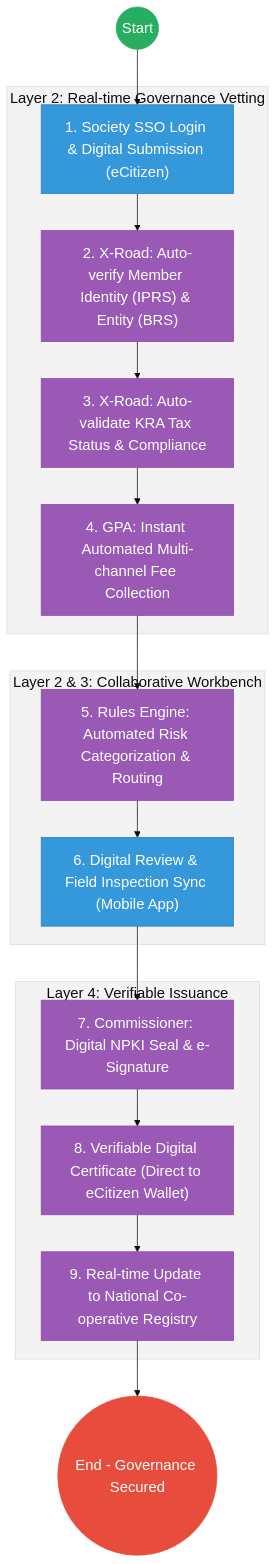
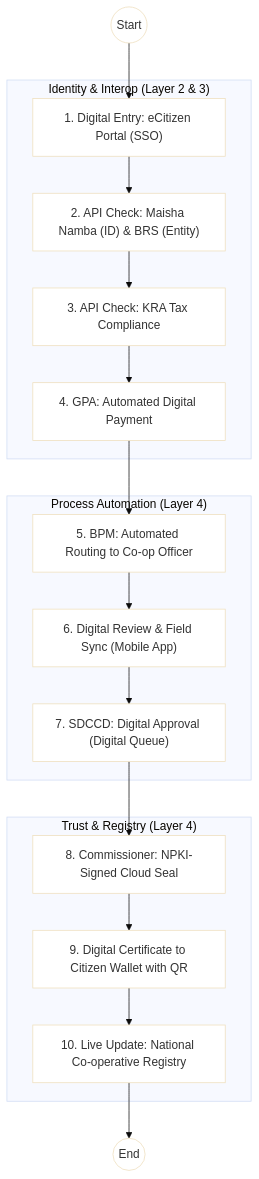
The second of 2 diagrams in mdas/docs_final/priority_mdas/Cooperatives___Service_Delivery.md (BITZ-IT-Consulting-LTD/ictapoc), drawn with Mermaid before and after one commit. The commit also changed other lines of this file and 33 other files, not shown here.

````diff
--- a/mdas/docs_final/priority_mdas/Cooperatives___Service_Delivery.md
+++ b/mdas/docs_final/priority_mdas/Cooperatives___Service_Delivery.md
@@ -113,34 +91,25 @@
 ```mermaid
-%%{init: { 'theme': 'base', 'themeVariables': { 'fontSize': '20px', 'fontFamily': 'Inter, system-ui, sans-serif', 'primaryColor': '#ffffff', 'edgeLabelBackground':'#ffffff', 'tertiaryColor': '#f3f3f3', 'mainBkg': '#ffffff', 'nodeBorder': '#333333' } } }%%
+%%{init: { 'theme': 'base', 'themeVariables': { 'fontSize': '16px', 'fontFamily': 'Inter', 'mainBkg': '#ffffff' } } }%%
 flowchart TD
-    Start((Start)) --> Portal["1. Society SSO Login & Digital Submission (eCitizen)"]
+    Start((Start)) --> eCitizen["1. Digital Entry: eCitizen Portal (SSO)"]
     
-    subgraph Trust_Hub["Layer 2: Real-time Governance Vetting"]
-        Portal --> Verify["2. X-Road: Auto-verify Member Identity (IPRS) & Entity (BRS)"]
-        Verify --> Tax["3. X-Road: Auto-validate KRA Tax Status & Compliance"]
-        Tax --> Payment["4. GPA: Instant Automated Multi-channel Fee Collection"]
+    subgraph Trust_DPI["Identity & Interop (Layer 2 & 3)"]
+        eCitizen --> IPRS_BRS["2. API Check: Maisha Namba (ID) & BRS (Entity)"]
+        IPRS_BRS --> KRA_Check["3. API Check: KRA Tax Compliance"]
+        KRA_Check --> GPA_Pay["4. GPA: Automated Digital Payment"]
     end
 
-    subgraph Operations["Layer 2 & 3: Collaborative Workbench"]
-        Payment --> Logic["5. Rules Engine: Automated Risk Categorization & Routing"]
-        Logic --> Officer["6. Digital Review & Field Inspection Sync (Mobile App)"]
+    subgraph Digital_Workbench["Process Automation (Layer 4)"]
+        GPA_Pay --> AutoAssign["5. BPM: Automated Routing to Co-op Officer"]
+        AutoAssign --> DigReview["6. Digital Review & Field Sync (Mobile App)"]
+        DigReview --> SDCCD_Sign["7. SDCCD: Digital Approval (Digital Queue)"]
     end
 
-    subgraph Settlement["Layer 4: Verifiable Issuance"]
-        Officer --> NPKI["7. Commissioner: Digital NPKI Seal & e-Signature"]
-        NPKI --> Output["8. Verifiable Digital Certificate (Direct to eCitizen Wallet)"]
-        Output --> Registry["9. Real-time Update to National Co-operative Registry"]
+    subgraph Verifiable_Issuance["Trust & Registry (Layer 4)"]
+        SDCCD_Sign --> NPKI_Seal["8. Commissioner: NPKI-Signed Cloud Seal"]
+        NPKI_Seal --> Wallet["9. Digital Certificate to Citizen Wallet with QR"]
+        Wallet --> LiveRegistry["10. Live Update: National Co-operative Registry"]
     end
 
-    Registry --> EndProcess(("End - Governance Secured"))
-
-    classDef start fill:#27ae60,stroke:#27ae60,color:#fff,font-size:20px;;
-    classDef endNode fill:#e74c3c,stroke:#e74c3c,color:#fff,font-size:20px;;
-    classDef userTask fill:#3498db,stroke:#2980b9,color:#fff,font-size:20px;;
-    classDef serviceTask fill:#9b59b6,stroke:#8e44ad,color:#fff,font-size:20px;;
-    
-    class Start start;
-    class EndProcess endNode;
-    class Portal,Officer userTask;
-    class Verify,Tax,Payment,Logic,NPKI,Output,Registry serviceTask;
+    LiveRegistry --> End((End))
 ```
````
